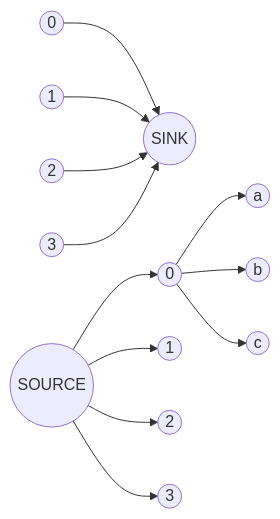
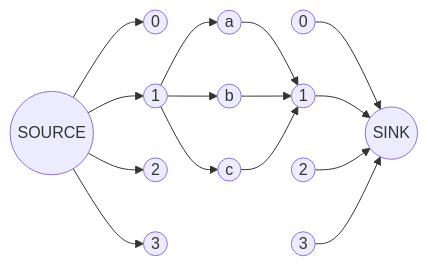
One commit to bfeitknecht/vault changed the second of 2 diagrams in vault/sem2/AuW/UE/cx/bf/cx09-bf.md. Above: the diagram before and after it, drawn with Mermaid.

Commit message:
vault backup: 2024-05-18 17:59:48 from MacBook Pro (echo)
Affected files:
vault/sem2/AuW/UE/cx/bf/cx09-bf.md

````diff
--- a/vault/sem2/AuW/UE/cx/bf/cx09-bf.md
+++ b/vault/sem2/AuW/UE/cx/bf/cx09-bf.md
@@ -22,26 +22,26 @@
 ```mermaid
 flowchart LR
 
 idF(("SOURCE"))
 idT(("SINK"))
 
-id0f((0))
-id1f((1))
-id2f((2))
-id3f((3))
+idf0((0))
+idf1((1))
+idf2((2))
+idf3((3))
 
-id0a((a))
-id0b((b))
-id0c((c))
+id1a((a))
+id1b((b))
+id1c((c))
 
-id0t((0))
-id1t((1))
-id2t((2))
-id3t((3))
+idt0((0))
+idt1((1))
+idt2((2))
+idt3((3))
 
-idF --> id0f & id1f & id2f & id3f
-id0t & id1t & id2t & id3t --> idT
+idF --> idf0 & idf1 & idf2 & idf3
+idt0 & idt1 & idt2 & idt3 --> idT
 
-id0f --> id0a & id0b & id0c
+idf1 --> id1a & id1b & id1c --> idt1
 
 ```
````
